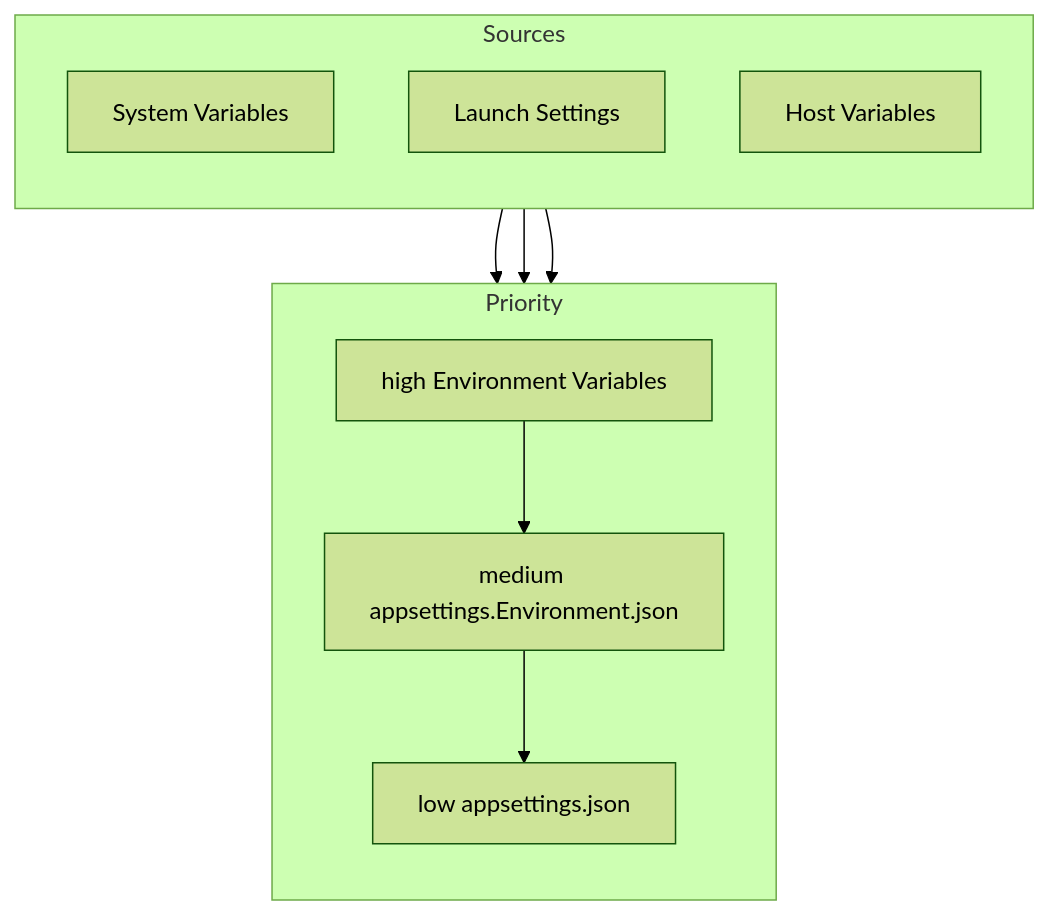
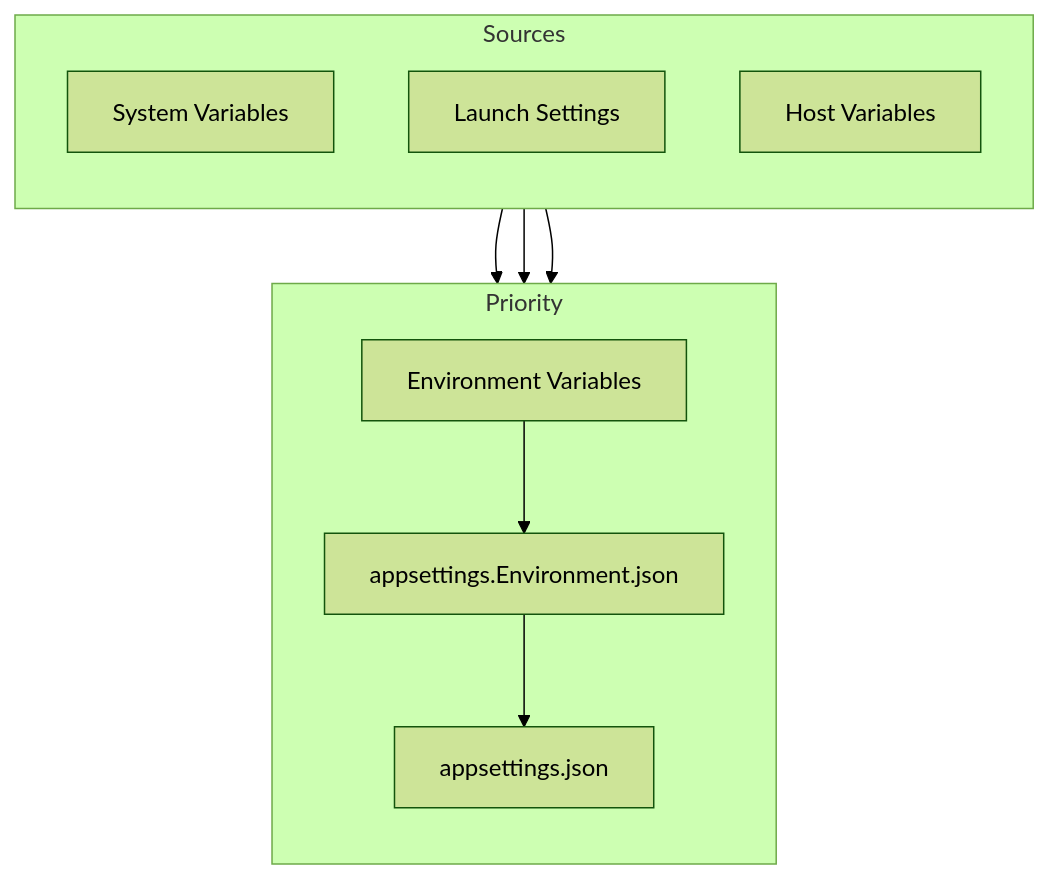
One commit to Moemen99/Building-Restful-Web-API-14 changed the second of 2 diagrams in README.md. Above: the diagram before and after it, drawn with Mermaid (forest theme).

````diff
--- a/README.md
+++ b/README.md
@@ -168,20 +168,20 @@
 ```mermaid
 flowchart TB
     subgraph Priority
         direction TB
-        A[high Environment Variables]
-        B[medium appsettings.Environment.json]
-        C[low appsettings.json]
+        A[ Environment Variables]
+        B[ appsettings.Environment.json]
+        C[ appsettings.json]
         A --> B --> C
     end
 
     subgraph Sources
         direction TB
         D[System Variables]
         E[Launch Settings]
         F[Host Variables]
         D --> A
         E --> A
         F --> A
     end
 ```
````
